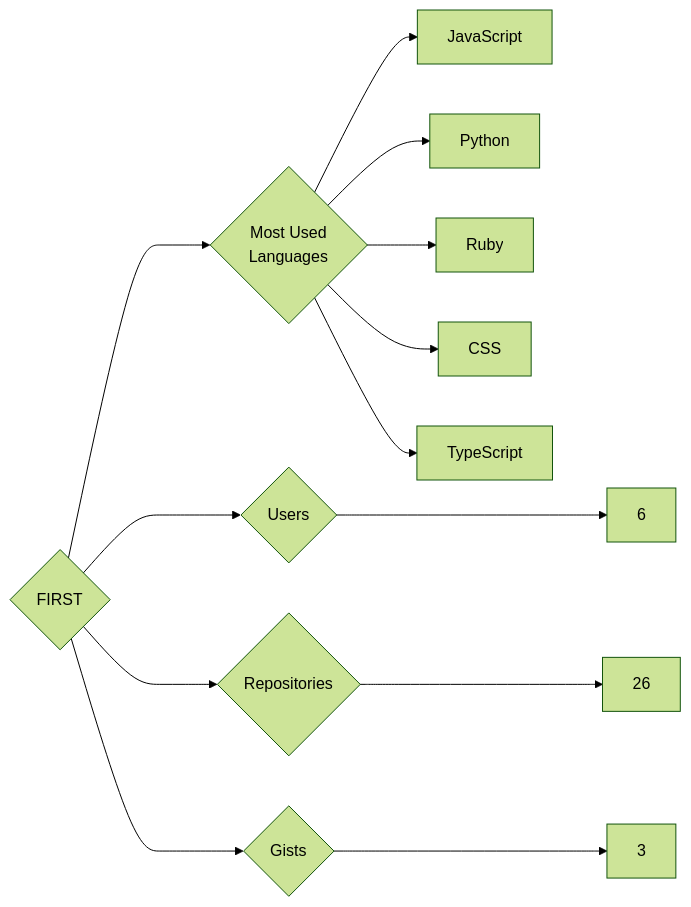
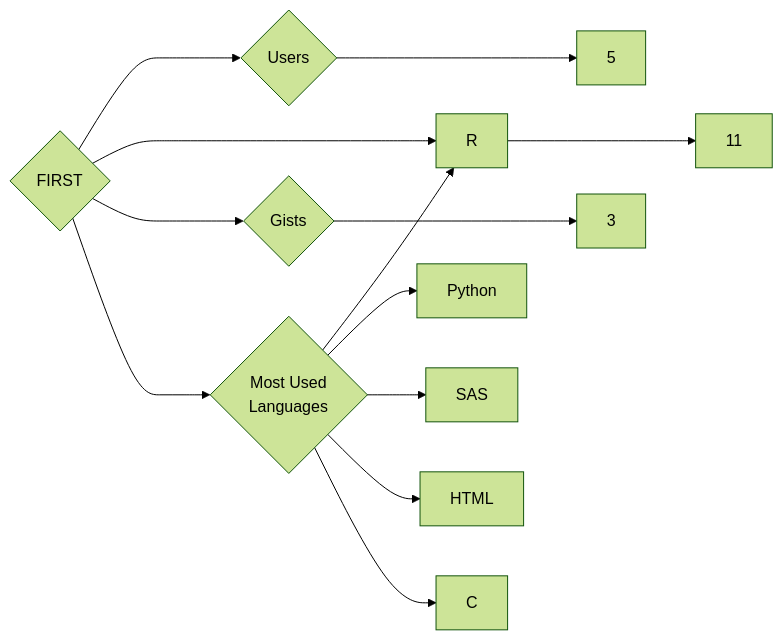
One commit to trickest/insiders changed the diagram in targets/FIRST/README.md. Above: the diagram before and after it, drawn with Mermaid (forest theme). The commit also changed 1089 other files, not shown here.

````diff
--- a/targets/FIRST/README.md
+++ b/targets/FIRST/README.md
@@ -3,13 +3,13 @@
 ```mermaid
 graph LR
 COMPANY_NAME{FIRST}
-COMPANY_NAME ---> U{Users} ---> UN[6]
-COMPANY_NAME ---> R{Repositories} ---> RN[26]
+COMPANY_NAME ---> U{Users} ---> UN[5]
+COMPANY_NAME ---> R{Repositories} ---> RN[11]
 COMPANY_NAME ---> G{Gists} ---> GN[3]
 COMPANY_NAME ---> ML{Most Used<br>Languages}
-ML --> JavaScript[JavaScript]
+ML --> R[R]
 ML --> Python[Python]
-ML --> Ruby[Ruby]
-ML --> CSS[CSS]
-ML --> TypeScript[TypeScript]
+ML --> SAS[SAS]
+ML --> HTML[HTML]
+ML --> C[C]
 ```
````
